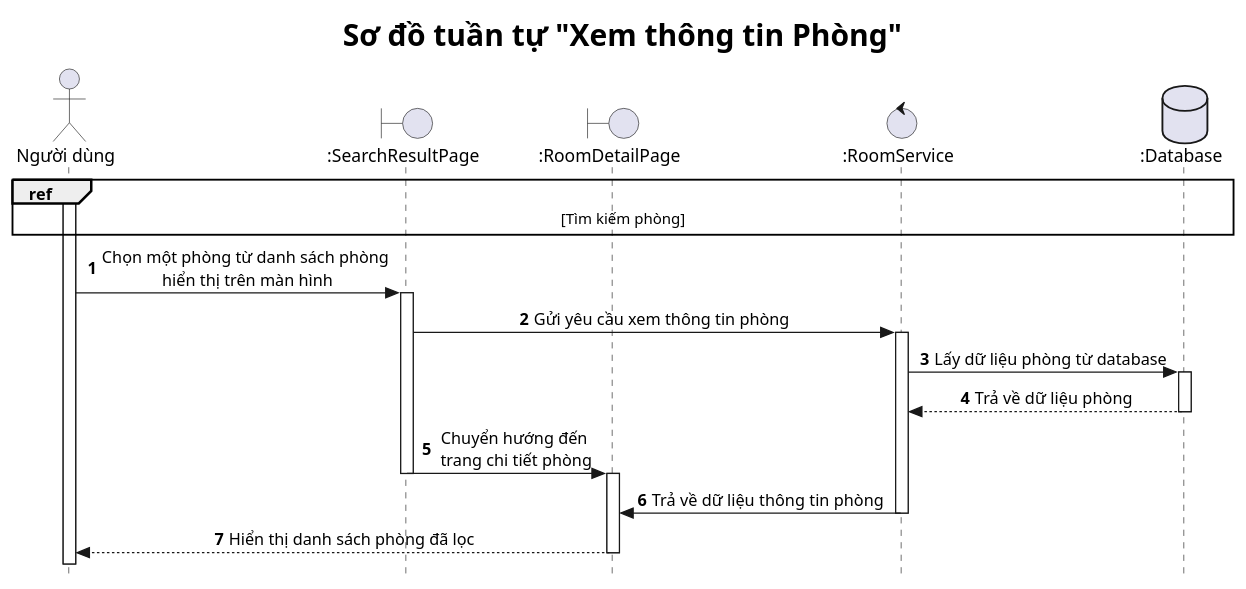
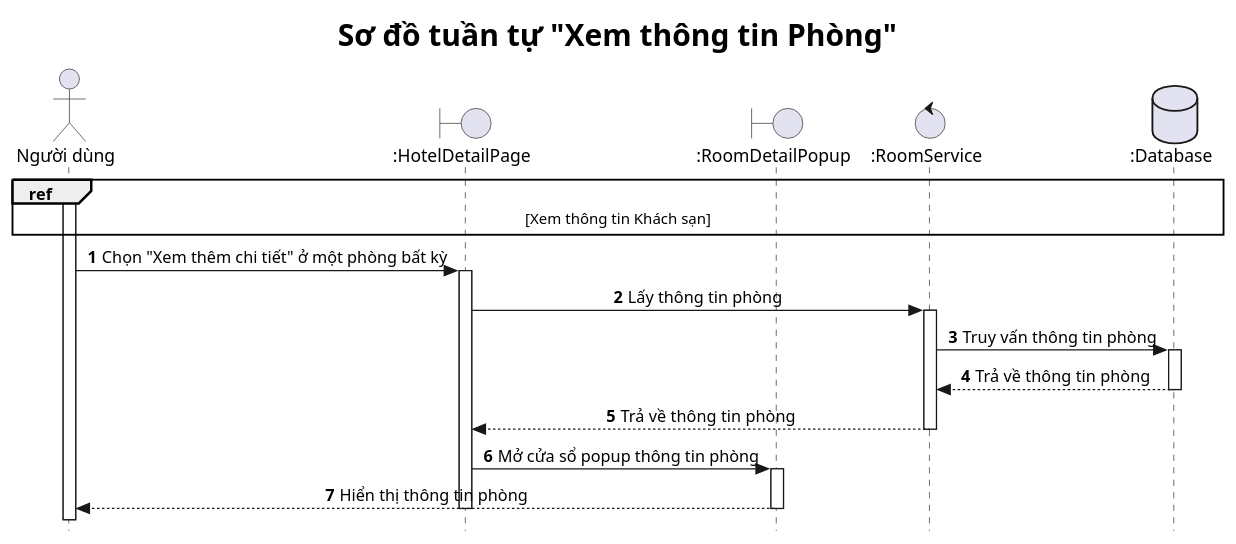
Before and after one commit to Hotelligence/hotelligence-diagrams: the diagram in src/sequence/userServices/roomService/s-viewRoomDetails.plantuml, drawn with PlantUML. The commit also changed 37 other files, not shown here.

Commit message:
adjust some use cases and their flows

```diff
--- a/src/sequence/userServices/roomService/s-viewRoomDetails.plantuml
+++ b/src/sequence/userServices/roomService/s-viewRoomDetails.plantuml
@@ -1,39 +1,38 @@
 @startuml
 
 title <size: 24> Sơ đồ tuần tự "Xem thông tin Phòng" </size>
 
 skinparam style strictuml
 skinparam SequenceMessageAlignment center
 
 autonumber
 
 actor "Người dùng" as U
-boundary ":SearchResultPage" as SRP  
-boundary ":RoomDetailPage" as RDP
+boundary ":HotelDetailPage" as HDP
+boundary ":RoomDetailPopup" as RDP
 control ":RoomService" as RS
 database ":Database" as DB  
 
 ref over U, DB
-    [Tìm kiếm phòng]
+    [Xem thông tin Khách sạn]
 end ref
 
 
 activate U
-U -> SRP: Chọn một phòng từ danh sách phòng\n hiển thị trên màn hình
-activate SRP
-SRP -> RS: Gửi yêu cầu xem thông tin phòng
+U -> HDP: Chọn "Xem thêm chi tiết" ở một phòng bất kỳ
+activate HDP
+HDP -> RS: Lấy thông tin phòng
 activate RS
-RS -> DB: Lấy dữ liệu phòng từ database
+RS -> DB: Truy vấn thông tin phòng
 activate DB
-DB --> RS: Trả về dữ liệu phòng
+DB --> RS: Trả về thông tin phòng
 deactivate DB
-SRP -> RDP: Chuyển hướng đến\n trang chi tiết phòng
-deactivate SRP
+RS --> HDP: Trả về thông tin phòng
+deactivate RS
+HDP -> RDP: Mở cửa sổ popup thông tin phòng
 activate RDP
-deactivate DB
-RS -> RDP: Trả về dữ liệu thông tin phòng
-deactivate RS
-RDP --> U: Hiển thị danh sách phòng đã lọc
+RDP --> U: Hiển thị thông tin phòng
 deactivate RDP
+deactivate HDP
 
 @enduml
```
